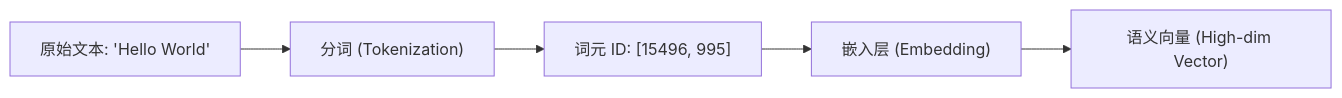
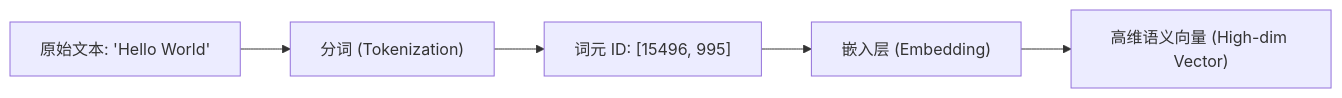
One commit to wangchong2023/lang-chain-graph changed the eighth of 33 diagrams in doc/AI_Knowledge_Roadmap.md. Above: the diagram before and after it, drawn with Mermaid. The commit also changed other lines of this file, not shown here.

Commit message:
docs: update AI knowledge roadmap with new learning resources and milestones

````diff
--- a/doc/AI_Knowledge_Roadmap.md
+++ b/doc/AI_Knowledge_Roadmap.md
@@ -299,7 +309,7 @@
 ```mermaid
 graph LR
     Raw["原始文本: 'Hello World'"] --> Tokenize["分词 (Tokenization)"]
     Tokenize --> IDs["词元 ID: [15496, 995]"]
     IDs --> Embed["嵌入层 (Embedding)"]
-    Embed --> Vector["语义向量 (High-dim Vector)"]
+    Embed --> Vector["高维语义向量 (High-dim Vector)"]
 ```
````
